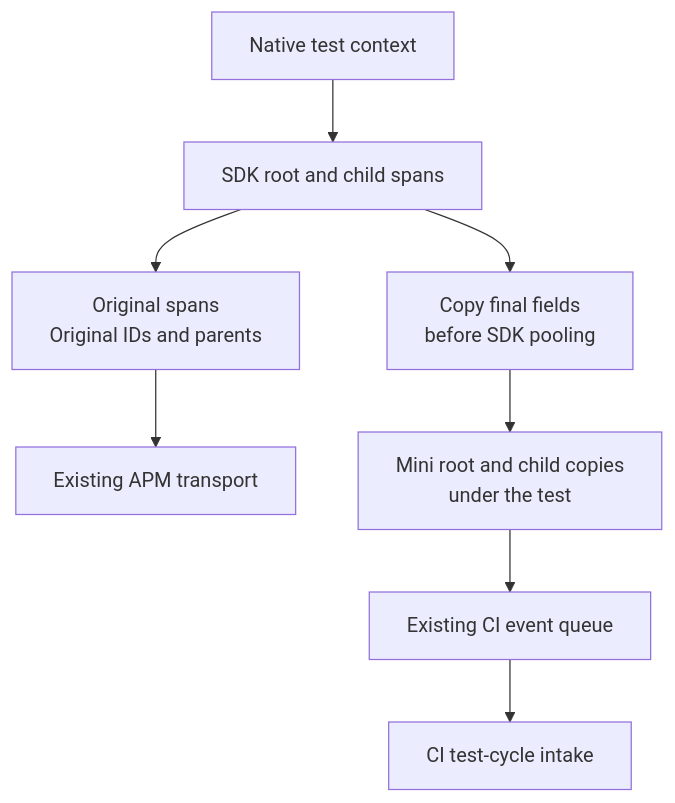
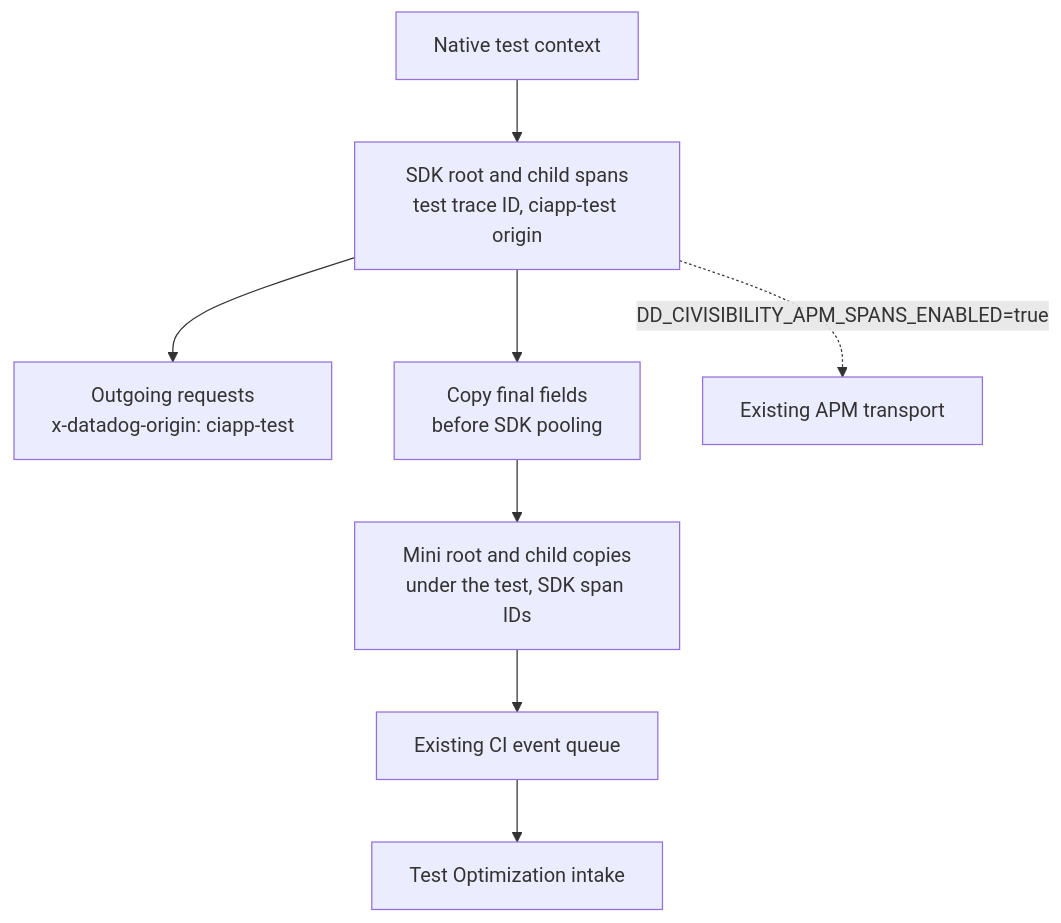
The diagram in ddto/docs/sdk-span-mirror.md (DataDog/ddtest), drawn with Mermaid before and after one commit. The commit also changed other lines of this file and 20 other files, not shown here.

First line of the commit message:
ddtest instrument: send SDK spans under tests to Test Optimization only

````diff
--- a/ddto/docs/sdk-span-mirror.md
+++ b/ddto/docs/sdk-span-mirror.md
@@ -28,10 +46,10 @@
 ```mermaid
 flowchart TD
-    Test["Native test context"] --> SDK["SDK root and child spans"]
-    SDK --> APM["Original spans<br/>Original IDs and parents"]
-    APM --> Agent["Existing APM transport"]
+    Test["Native test context"] --> SDK["SDK root and child spans<br/>test trace ID, ciapp-test origin"]
+    SDK --> Headers["Outgoing requests<br/>x-datadog-origin: ciapp-test"]
     SDK --> Capture["Copy final fields<br/>before SDK pooling"]
-    Capture --> Mini["Mini root and child copies<br/>under the test"]
+    SDK -.->|"DD_CIVISIBILITY_APM_SPANS_ENABLED=true"| APM["Existing APM transport"]
+    Capture --> Mini["Mini root and child copies<br/>under the test, SDK span IDs"]
     Mini --> Queue["Existing CI event queue"]
-    Queue --> Intake["CI test-cycle intake"]
+    Queue --> Intake["Test Optimization intake"]
 ```
````
